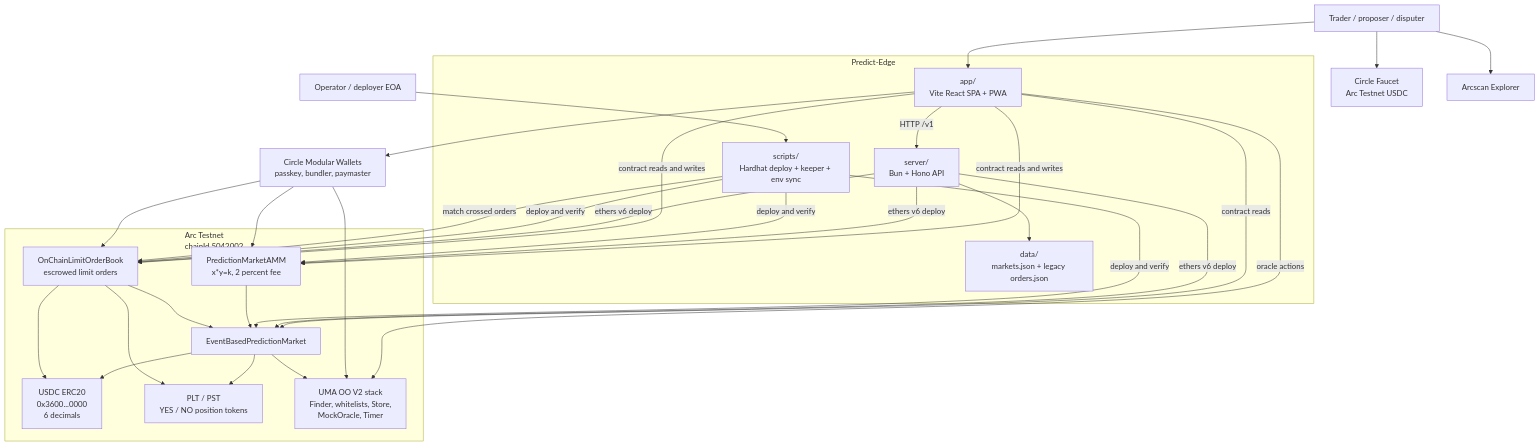
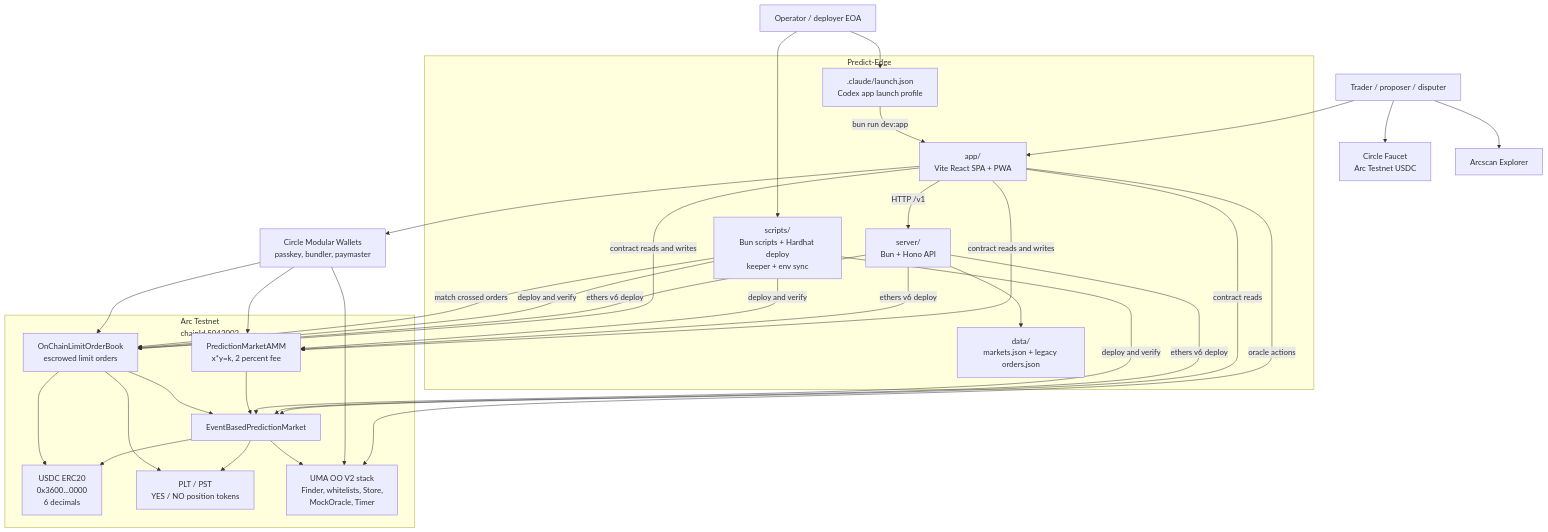
Before and after one commit to Kirashchuk/Predict-Edge: the first of 5 diagrams in docs/architecture-ascii-mermaid.md, drawn with Mermaid. The commit also changed other lines of this file and 2 other files, not shown here.

Commit message:
Update Mermaid docs

````diff
--- a/docs/architecture-ascii-mermaid.md
+++ b/docs/architecture-ascii-mermaid.md
@@ -7,55 +7,58 @@
 ```mermaid
 flowchart TB
     Trader["Trader / proposer / disputer"]
     Operator["Operator / deployer EOA"]
     Faucet["Circle Faucet<br/>Arc Testnet USDC"]
     Explorer["Arcscan Explorer"]
     CircleWallets["Circle Modular Wallets<br/>passkey, bundler, paymaster"]
 
     subgraph PredictEdge["Predict-Edge"]
         App["app/<br/>Vite React SPA + PWA"]
         Api["server/<br/>Bun + Hono API"]
         Data["data/<br/>markets.json + legacy orders.json"]
-        Scripts["scripts/<br/>Hardhat deploy + keeper + env sync"]
+        Scripts["scripts/<br/>Bun scripts + Hardhat deploy<br/>keeper + env sync"]
+        Launch[".claude/launch.json<br/>Codex app launch profile"]
     end
 
     subgraph Arc["Arc Testnet<br/>chainId 5042002"]
         USDC["USDC ERC20<br/>0x3600...0000<br/>6 decimals"]
         Market["EventBasedPredictionMarket"]
         AMM["PredictionMarketAMM<br/>x*y=k, 2 percent fee"]
         CLOB["OnChainLimitOrderBook<br/>escrowed limit orders"]
         Tokens["PLT / PST<br/>YES / NO position tokens"]
         UMA["UMA OO V2 stack<br/>Finder, whitelists, Store,<br/>MockOracle, Timer"]
     end
 
     Trader --> App
     Trader --> Faucet
     Trader --> Explorer
     App -->|HTTP /v1| Api
     App -->|contract reads| Market
     App -->|contract reads and writes| AMM
     App -->|contract reads and writes| CLOB
     App -->|oracle actions| UMA
     App --> CircleWallets
     CircleWallets --> AMM
     CircleWallets --> CLOB
     CircleWallets --> UMA
 
     Api --> Data
     Api -->|ethers v6 deploy| Market
     Api -->|ethers v6 deploy| AMM
     Api -->|ethers v6 deploy| CLOB
     Operator --> Scripts
+    Operator --> Launch
+    Launch -->|bun run dev:app| App
     Scripts -->|deploy and verify| Market
     Scripts -->|deploy and verify| AMM
     Scripts -->|deploy and verify| CLOB
     Scripts -->|match crossed orders| CLOB
 
     AMM --> Market
     CLOB --> Market
     Market --> Tokens
     Market --> USDC
     Market --> UMA
     CLOB --> USDC
     CLOB --> Tokens
 ```
````
